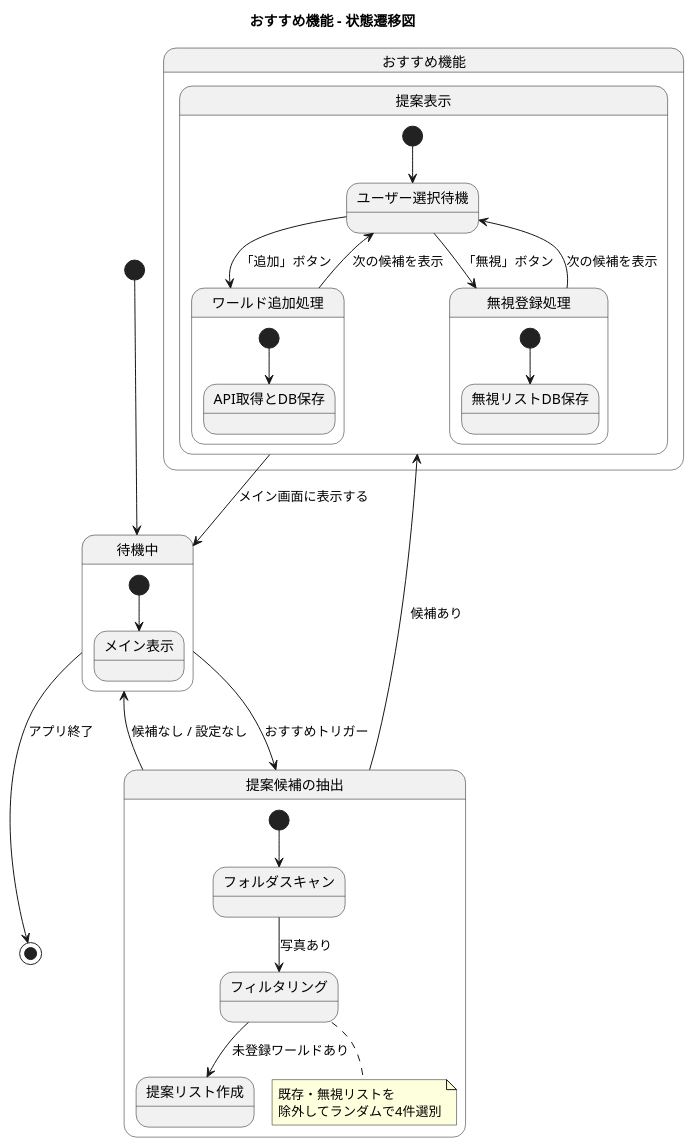
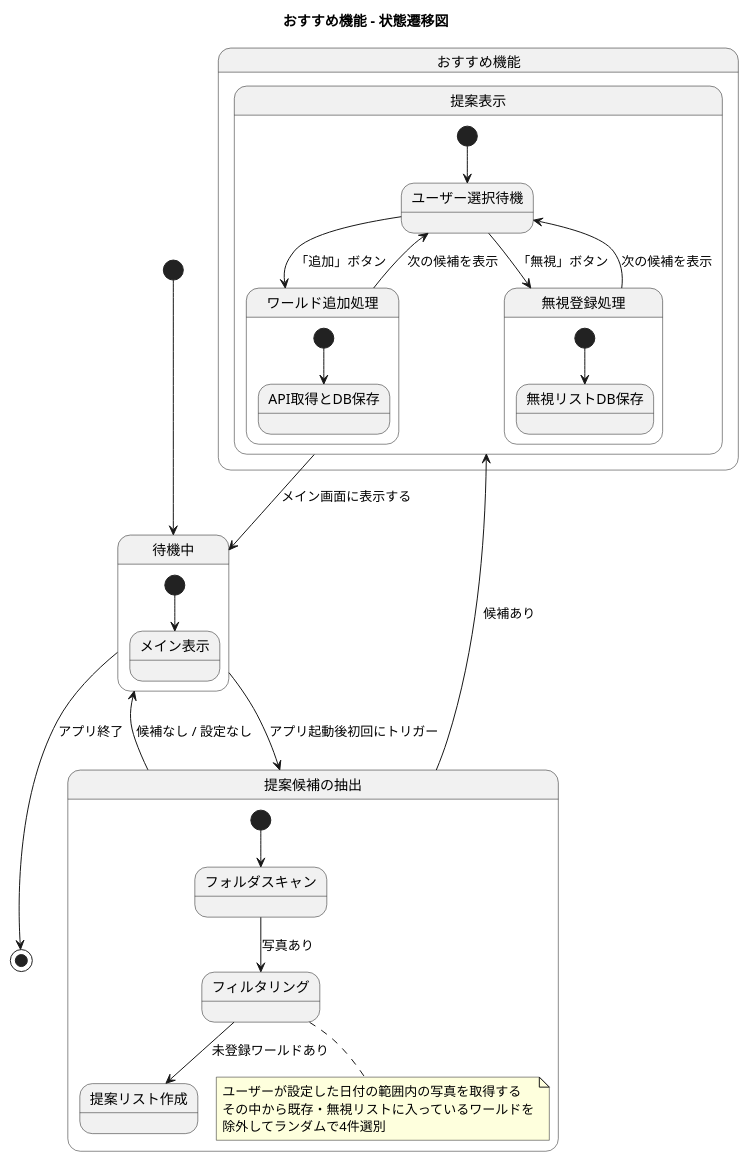
Before and after one commit to yamato3010/vrchat-world-manager: the diagram in docs/state_diagrams/おすすめ機能状態遷移図.puml, drawn with PlantUML. The commit also changed 2 other files, not shown here.

Commit message:
docs: 📝 状態遷移図を微修正

```diff
--- a/docs/state_diagrams/おすすめ機能状態遷移図.puml
+++ b/docs/state_diagrams/おすすめ機能状態遷移図.puml
@@ -1,51 +1,52 @@
 @startuml おすすめ機能状態遷移図
 
 title おすすめ機能 - 状態遷移図
 
 [*] --> 待機中
 
 state 待機中 {
   [*] --> メイン表示
 }
 
-待機中 --> 提案候補の抽出 : おすすめトリガー
+待機中 --> 提案候補の抽出 : アプリ起動後初回にトリガー
 
 state "おすすめ機能" as Recommendations {
 
   state 提案候補の抽出 {
     [*] --> フォルダスキャン
     フォルダスキャン --> フィルタリング : 写真あり
     フィルタリング --> 提案リスト作成 : 未登録ワールドあり
     
     note bottom of フィルタリング
-      既存・無視リストを
+      ユーザーが設定した日付の範囲内の写真を取得する
+      その中から既存・無視リストに入っているワールドを
       除外してランダムで4件選別
     end note
   }
 
   提案候補の抽出 --> 提案表示 : 候補あり
   提案候補の抽出 --> 待機中 : 候補なし / 設定なし
 
   state 提案表示 {
     [*] --> ユーザー選択待機
     
     ユーザー選択待機 --> ワールド追加処理 : 「追加」ボタン
     ユーザー選択待機 --> 無視登録処理 : 「無視」ボタン
     
     state ワールド追加処理 {
       [*] --> API取得とDB保存
     }
     
     state 無視登録処理 {
       [*] --> 無視リストDB保存
     }
 
     ワールド追加処理 --> ユーザー選択待機 : 次の候補を表示
     無視登録処理 --> ユーザー選択待機 : 次の候補を表示
   }
 
   提案表示 --> 待機中 : メイン画面に表示する
 }
 
 待機中 --> [*] : アプリ終了
 @enduml
```
